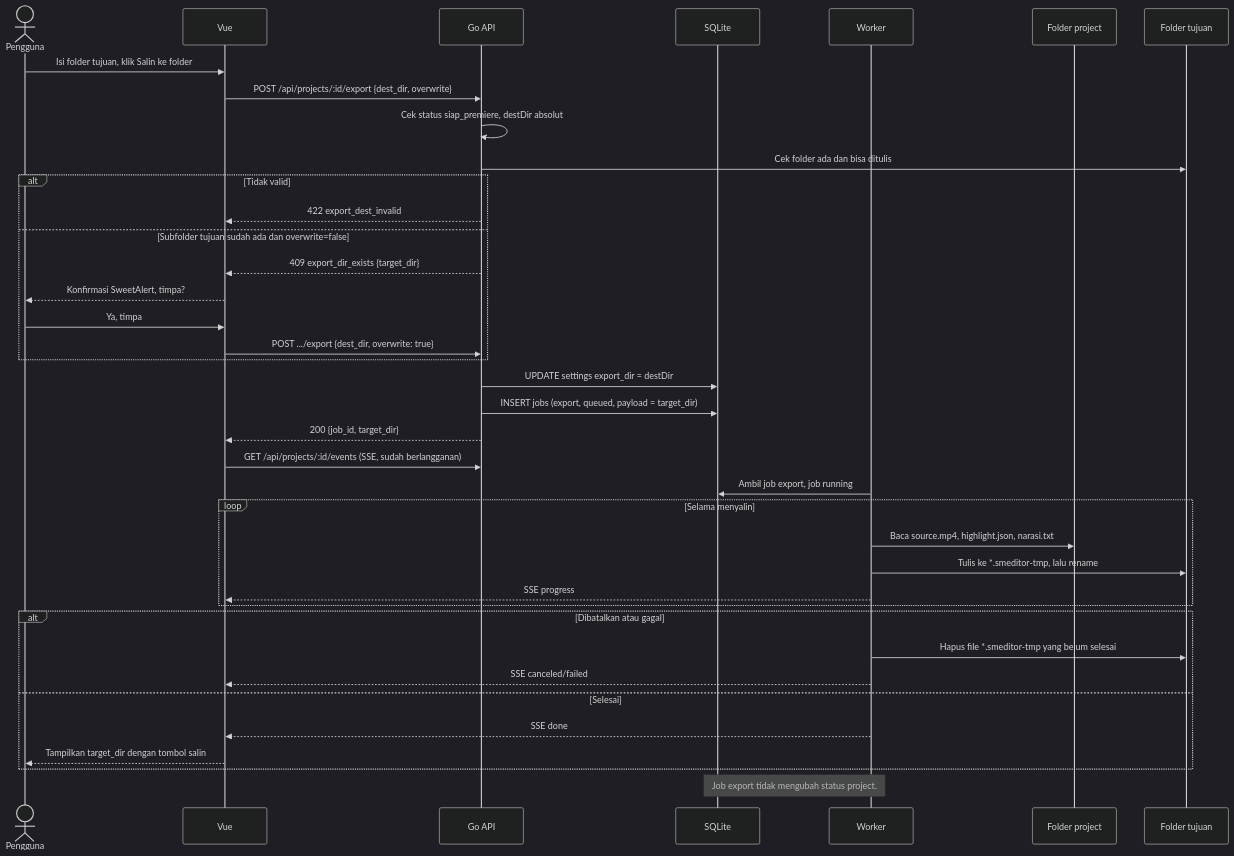
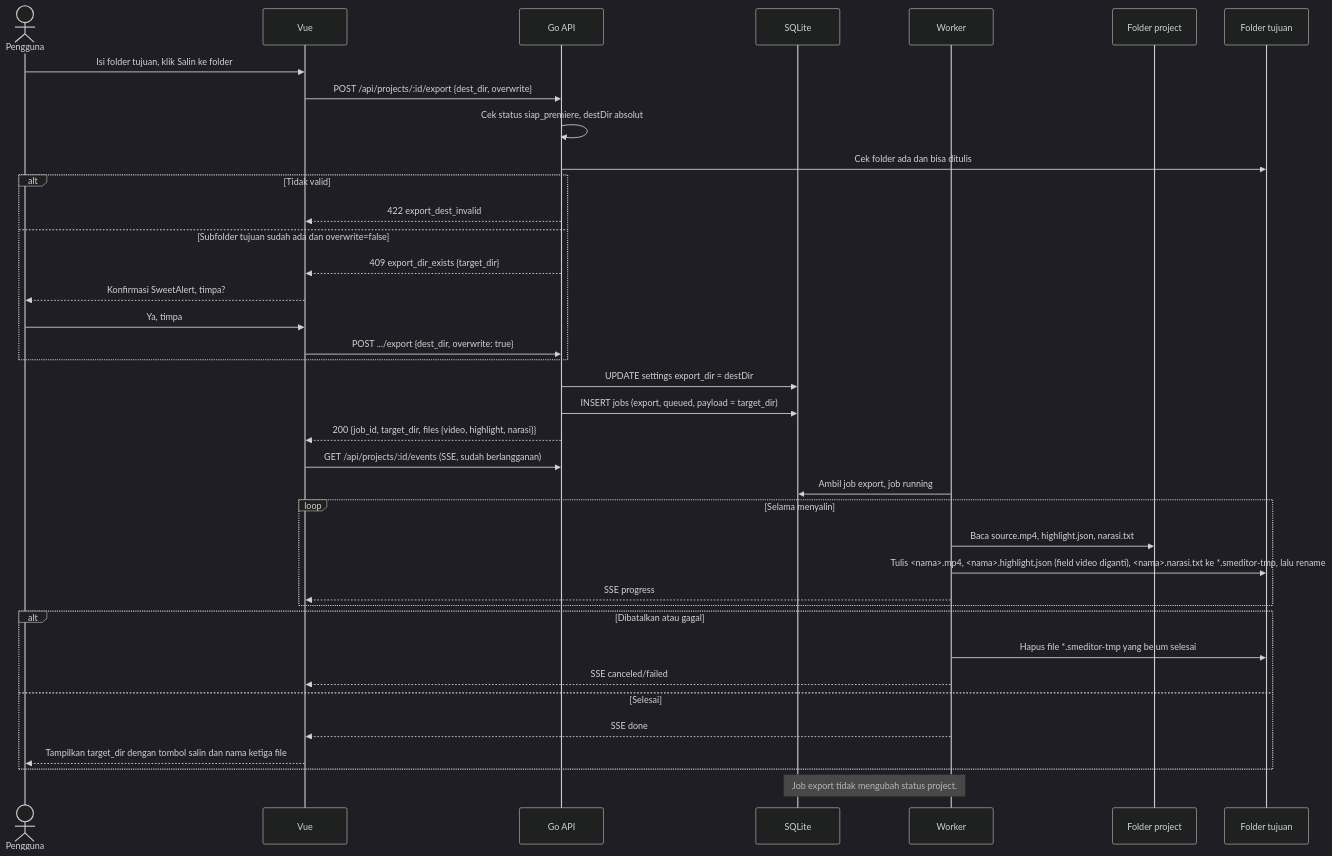
The fifth of 7 diagrams in docs/sequence.md (itlabil/SMEditor), drawn with Mermaid (dark theme) before and after one commit. The commit also changed other lines of this file and 12 other files, not shown here.

First line of the commit message:
SM-17: nama file hasil Salin ke folder mengikuti nama project

````diff
--- a/docs/sequence.md
+++ b/docs/sequence.md
@@ -168,42 +168,42 @@
 ```mermaid
 sequenceDiagram
     actor U as Pengguna
     participant FE as Vue
     participant API as Go API
     participant DB as SQLite
     participant W as Worker
     participant FS as Folder project
     participant DEST as Folder tujuan
 
     U->>FE: Isi folder tujuan, klik Salin ke folder
     FE->>API: POST /api/projects/:id/export {dest_dir, overwrite}
     API->>API: Cek status siap_premiere, destDir absolut
     API->>DEST: Cek folder ada dan bisa ditulis
     alt Tidak valid
         API-->>FE: 422 export_dest_invalid
     else Subfolder tujuan sudah ada dan overwrite=false
         API-->>FE: 409 export_dir_exists {target_dir}
         FE-->>U: Konfirmasi SweetAlert, timpa?
         U->>FE: Ya, timpa
         FE->>API: POST .../export {dest_dir, overwrite: true}
     end
     API->>DB: UPDATE settings export_dir = destDir
     API->>DB: INSERT jobs (export, queued, payload = target_dir)
-    API-->>FE: 200 {job_id, target_dir}
+    API-->>FE: 200 {job_id, target_dir, files {video, highlight, narasi}}
     FE->>API: GET /api/projects/:id/events (SSE, sudah berlangganan)
 
     W->>DB: Ambil job export, job running
     loop Selama menyalin
         W->>FS: Baca source.mp4, highlight.json, narasi.txt
-        W->>DEST: Tulis ke *.smeditor-tmp, lalu rename
+        W->>DEST: Tulis <nama>.mp4, <nama>.highlight.json (field video diganti), <nama>.narasi.txt ke *.smeditor-tmp, lalu rename
         W-->>FE: SSE progress
     end
     alt Dibatalkan atau gagal
         W->>DEST: Hapus file *.smeditor-tmp yang belum selesai
         W-->>FE: SSE canceled/failed
     else Selesai
         W-->>FE: SSE done
-        FE-->>U: Tampilkan target_dir dengan tombol salin
+        FE-->>U: Tampilkan target_dir dengan tombol salin dan nama ketiga file
     end
     Note over W,DB: Job export tidak mengubah status project.
 ```
````
